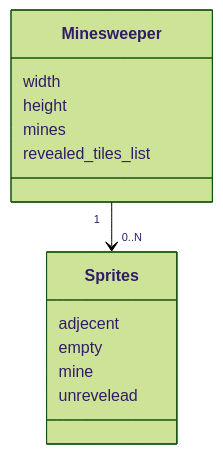
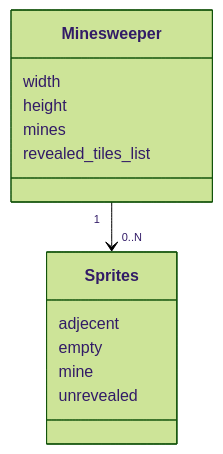
Before and after one commit to xelmas/ot-miinaharava: the diagram in dokumentaatio/arkkitehtuuri.md, drawn with Mermaid (forest theme).

````diff
--- a/dokumentaatio/arkkitehtuuri.md
+++ b/dokumentaatio/arkkitehtuuri.md
@@ -24,16 +24,16 @@
 ```mermaid
  classDiagram
       Minesweeper "1" --> "0..N" Sprites
       class Minesweeper {
         width
         height
         mines
         revealed_tiles_list
       }
       class Sprites{
         adjecent
         empty
         mine
-        unrevelead
+        unrevealed
       }
 ```
````
